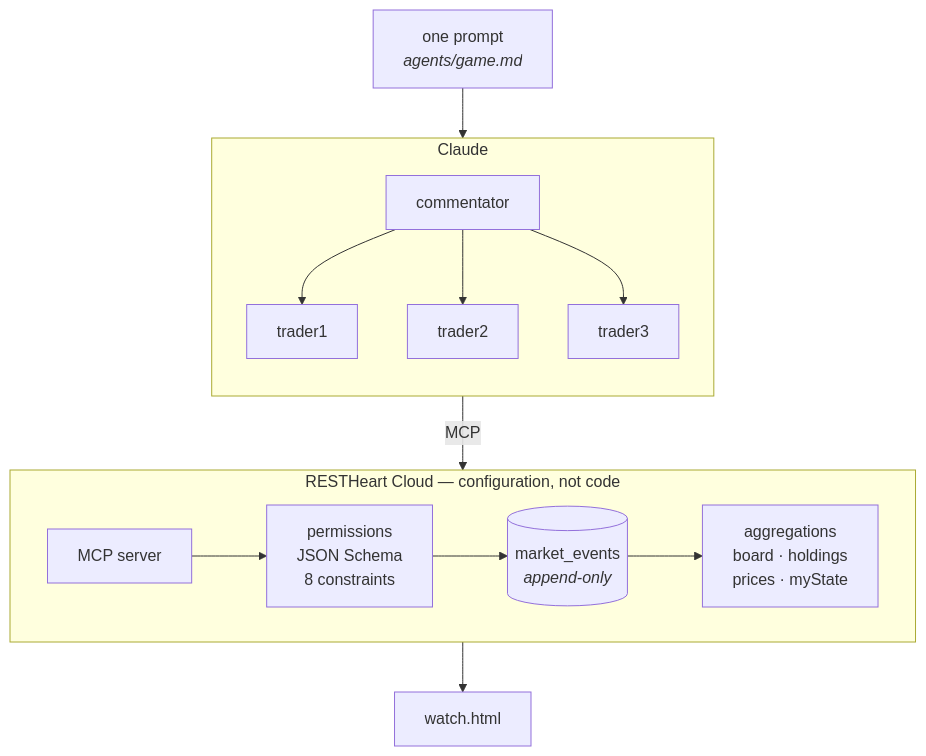
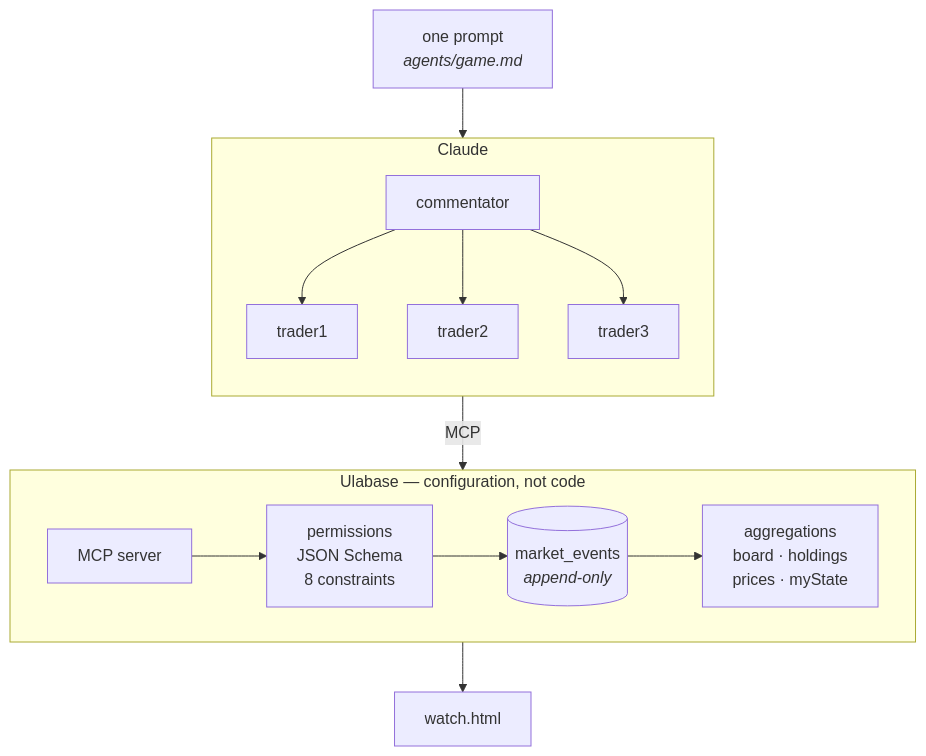
Before and after one commit to ulabase/market-ai-game: the diagram in README.md, drawn with Mermaid. The commit also changed other lines of this file and 14 other files, not shown here.

````diff
--- a/README.md
+++ b/README.md
@@ -11,16 +11,16 @@
 ```mermaid
 flowchart TD
     P["one prompt<br/><i>agents/game.md</i>"] --> claude
     subgraph claude ["Claude"]
         direction TB
         C["commentator"] --> T1["trader1"] & T2["trader2"] & T3["trader3"]
     end
     claude -- "MCP" --> rh
-    subgraph rh ["RESTHeart Cloud — configuration, not code"]
+    subgraph rh ["Ulabase — configuration, not code"]
         direction LR
         M["MCP server"] --> G["permissions<br/>JSON Schema<br/>8 constraints"]
         G --> L[("market_events<br/><i>append-only</i>")]
         L --> A["aggregations<br/>board · holdings<br/>prices · myState"]
     end
     rh --> W["watch.html"]
 ```
````
